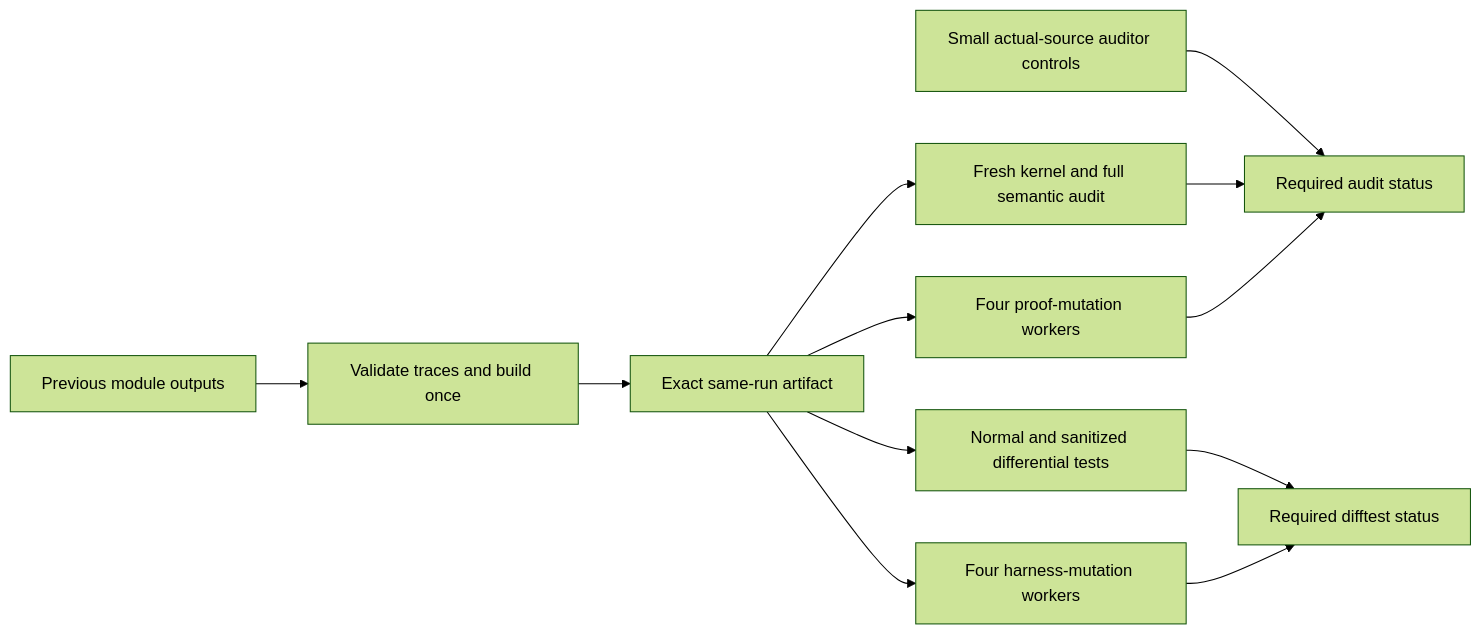
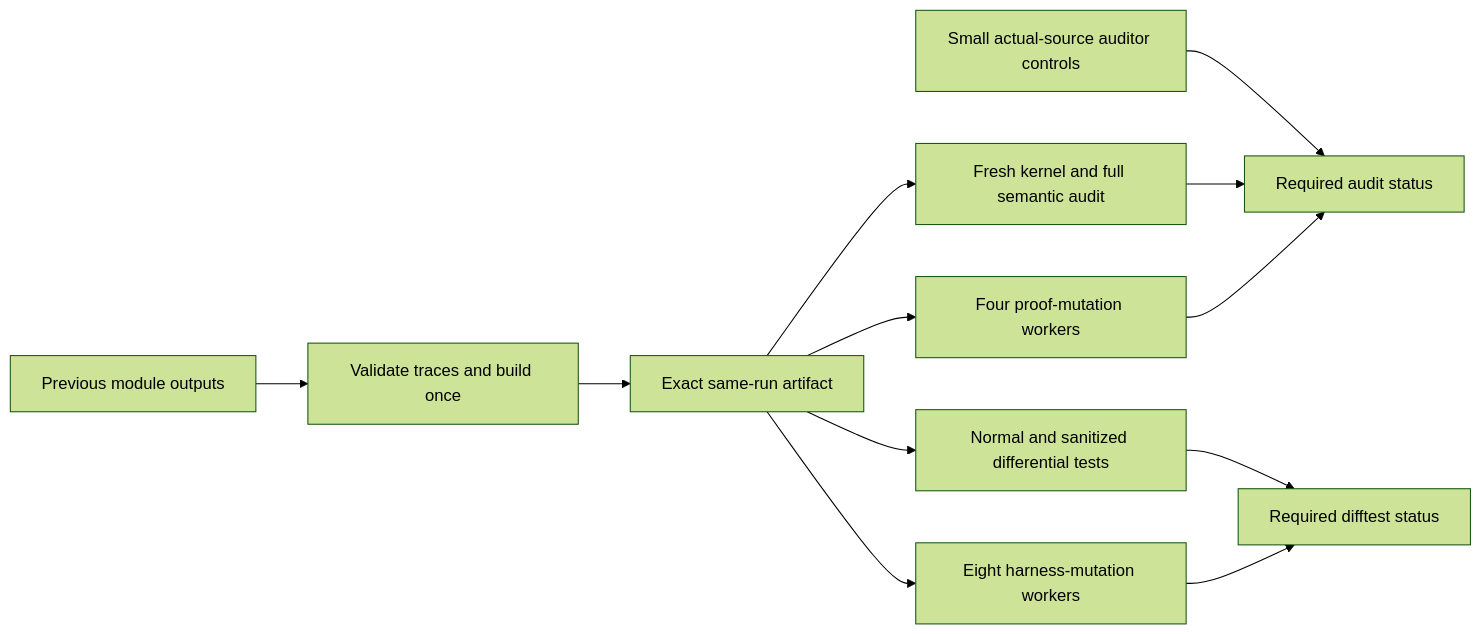
The diagram in docs/checking/ci-performance.md (cla7aye15I4nd/zlib-f), drawn with Mermaid (forest theme) before and after one commit. The commit also changed other lines of this file and 4 other files, not shown here.

First line of the commit message:
Split the measured differential mutation bottleneck across eight workers

````diff
--- a/docs/checking/ci-performance.md
+++ b/docs/checking/ci-performance.md
@@ -65,14 +65,14 @@
 ```mermaid
 flowchart LR
   C[Previous module outputs] --> B[Validate traces and build once]
   B --> A[Exact same-run artifact]
   A --> K[Fresh kernel and full semantic audit]
   A --> P[Four proof-mutation workers]
   A --> D[Normal and sanitized differential tests]
-  A --> H[Four harness-mutation workers]
+  A --> H[Eight harness-mutation workers]
   U[Small actual-source auditor controls] --> G[Required audit status]
   K --> G
   P --> G
   D --> T[Required difftest status]
   H --> T
 ```
````
